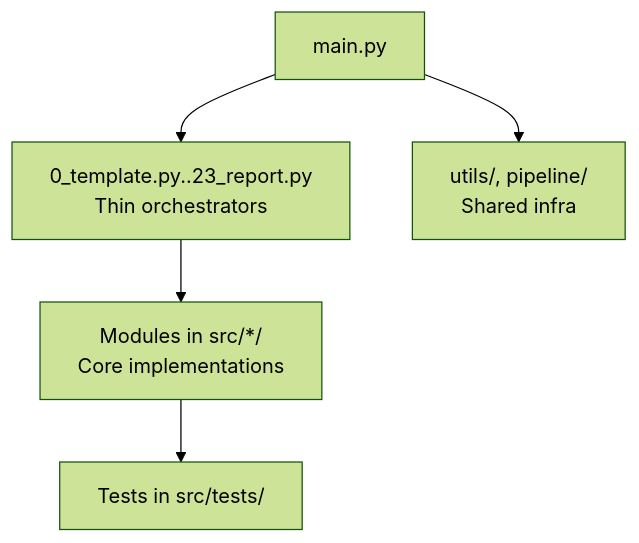
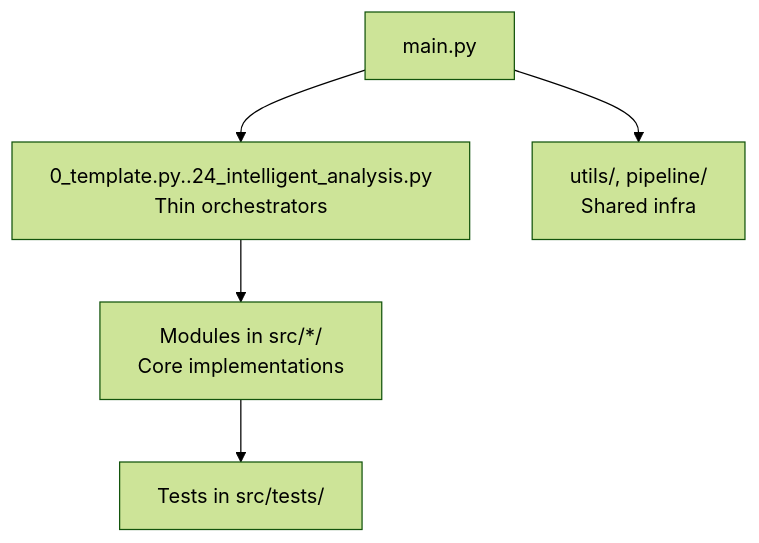
The third of 7 diagrams in DOCS.md (ActiveInferenceInstitute/GeneralizedNotationNotation), drawn with Mermaid (forest theme) before and after one commit. The commit also changed 389 other files, not shown here.

````diff
--- a/DOCS.md
+++ b/DOCS.md
@@ -78,7 +78,7 @@
 ```mermaid
 graph TB
-  A[main.py] --> B[0_template.py..23_report.py\nThin orchestrators]
+  A[main.py] --> B[0_template.py..24_intelligent_analysis.py\nThin orchestrators]
   B --> C[Modules in src/*/\nCore implementations]
   C --> D[Tests in src/tests/]
   A --> E[utils/, pipeline/\nShared infra]
 ```
````
